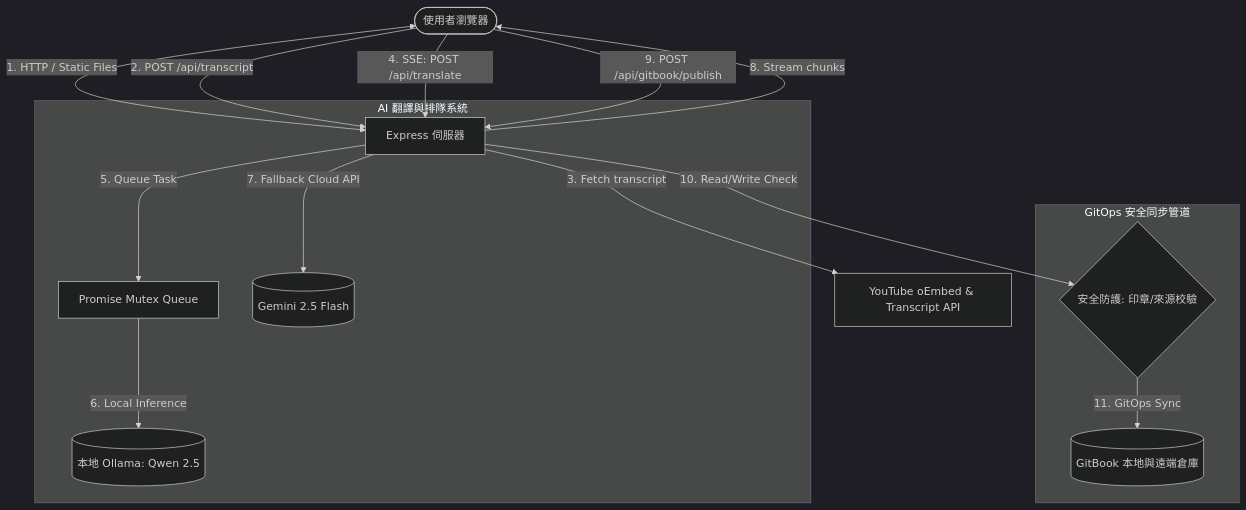
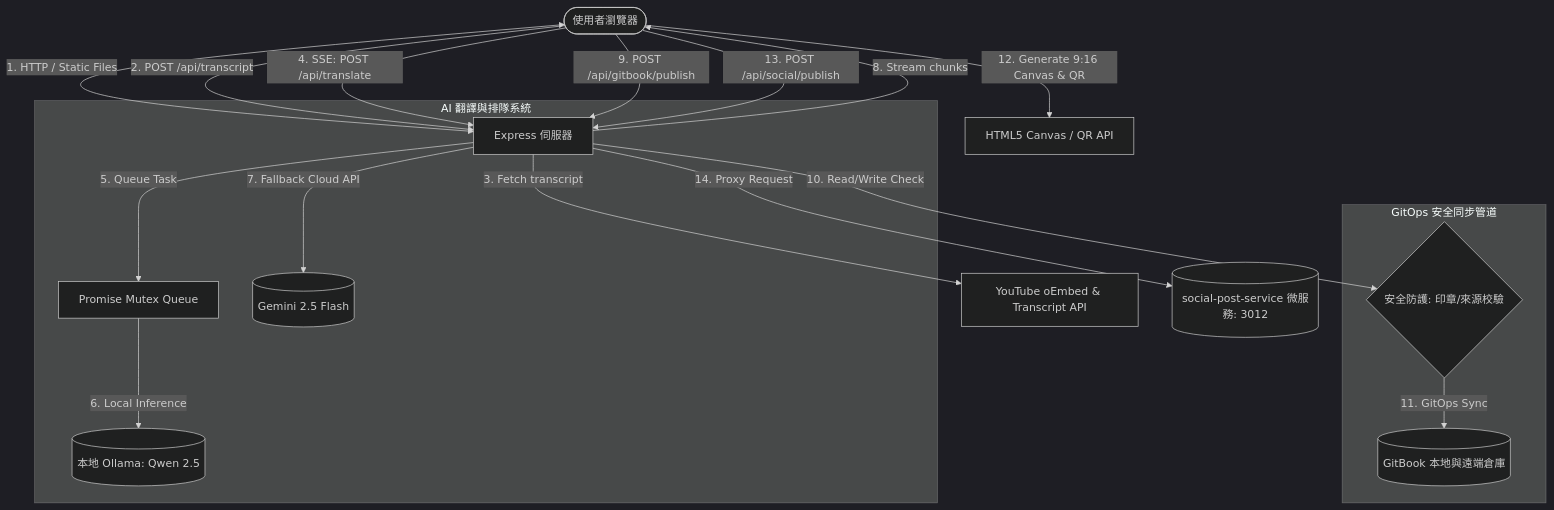
The diagram in docs/interview_guide.md (sunpochin/youtube-podcast-translator), drawn with Mermaid (dark theme) before and after one commit. The commit also changed other lines of this file, not shown here.

Commit message:
docs(interview): update interview guide with details on IG Story Card Generator and microservice proxy integration

````diff
--- a/docs/interview_guide.md
+++ b/docs/interview_guide.md
@@ -9,21 +9,25 @@
 ```mermaid
 graph TD
     User([使用者瀏覽器]) <-->|1. HTTP / Static Files| Express[Express 伺服器]
     User -->|2. POST /api/transcript| Express
     Express -->|3. Fetch transcript| YT[YouTube oEmbed & Transcript API]
     
     User -->|4. SSE: POST /api/translate| Express
     subgraph AI Service [AI 翻譯與排隊系統]
         Express -->|5. Queue Task| Mutex[Promise Mutex Queue]
         Mutex -->|6. Local Inference| Ollama[(本地 Ollama: Qwen 2.5)]
         Express -->|7. Fallback Cloud API| Gemini[(Gemini 2.5 Flash)]
     end
     
     Express -- 8. Stream chunks --> User
     
     User -->|9. POST /api/gitbook/publish| Express
     subgraph GitOps Pipeline [GitOps 安全同步管道]
         Express -->|10. Read/Write Check| Safety{安全防護: 印章/來源校驗}
         Safety -->|11. GitOps Sync| GitBookRepo[(GitBook 本地與遠端倉庫)]
     end
+    
+    User -->|12. Generate 9:16 Canvas & QR| Canvas[HTML5 Canvas / QR API]
+    User -->|13. POST /api/social/publish| Express
+    Express -->|14. Proxy Request| Microservice[(social-post-service 微服務: 3012)]
 ```
````
